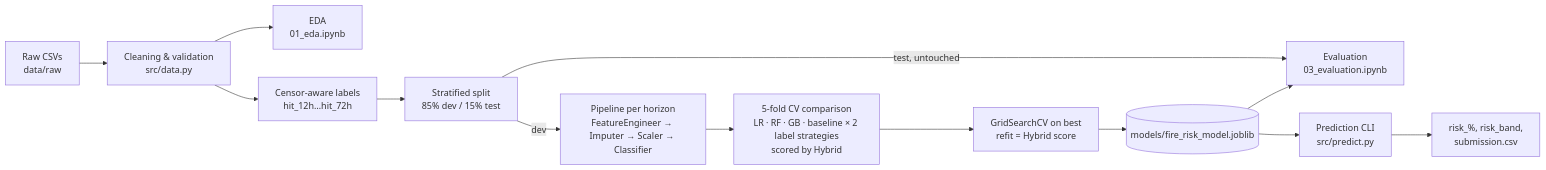
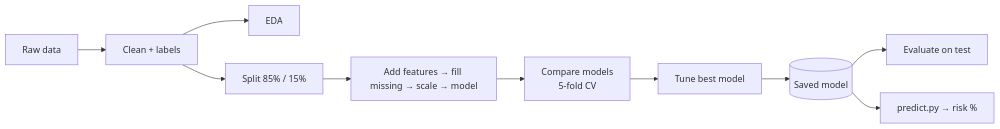
The diagram in README.md (Re7absu/wildfire-evacuation-risk), drawn with Mermaid before and after one commit. The commit also changed other lines of this file and 44 other files, not shown here.

````diff
--- a/README.md
+++ b/README.md
@@ -125,15 +67,12 @@
 ```mermaid
 flowchart LR
-    A[Raw CSVs<br/>data/raw] --> B[Cleaning & validation<br/>src/data.py]
-    B --> C[EDA<br/>01_eda.ipynb]
-    B --> D[Censor-aware labels<br/>hit_12h…hit_72h]
-    D --> E[Stratified split<br/>85% dev / 15% test]
-    E -->|dev| F[Pipeline per horizon<br/>FeatureEngineer → Imputer → Scaler → Classifier]
-    F --> G[5-fold CV comparison<br/>LR · RF · GB · baseline × 2 label strategies<br/>scored by Hybrid]
-    G --> H[GridSearchCV on best<br/>refit = Hybrid score]
-    H --> I[(models/fire_risk_model.joblib)]
-    E -->|test, untouched| J[Evaluation<br/>03_evaluation.ipynb]
-    I --> J
-    I --> K[Prediction CLI<br/>src/predict.py]
-    K --> L[risk_%, risk_band,<br/>submission.csv]
+    A[Raw data] --> B[Clean + labels]
+    B --> C[EDA]
+    B --> D[Split 85% / 15%]
+    D --> E[Add features → fill missing → scale → model]
+    E --> F[Compare models<br/>5-fold CV]
+    F --> G[Tune best model]
+    G --> H[(Saved model)]
+    H --> I[Evaluate on test]
+    H --> J[predict.py → risk %]
 ```
````
